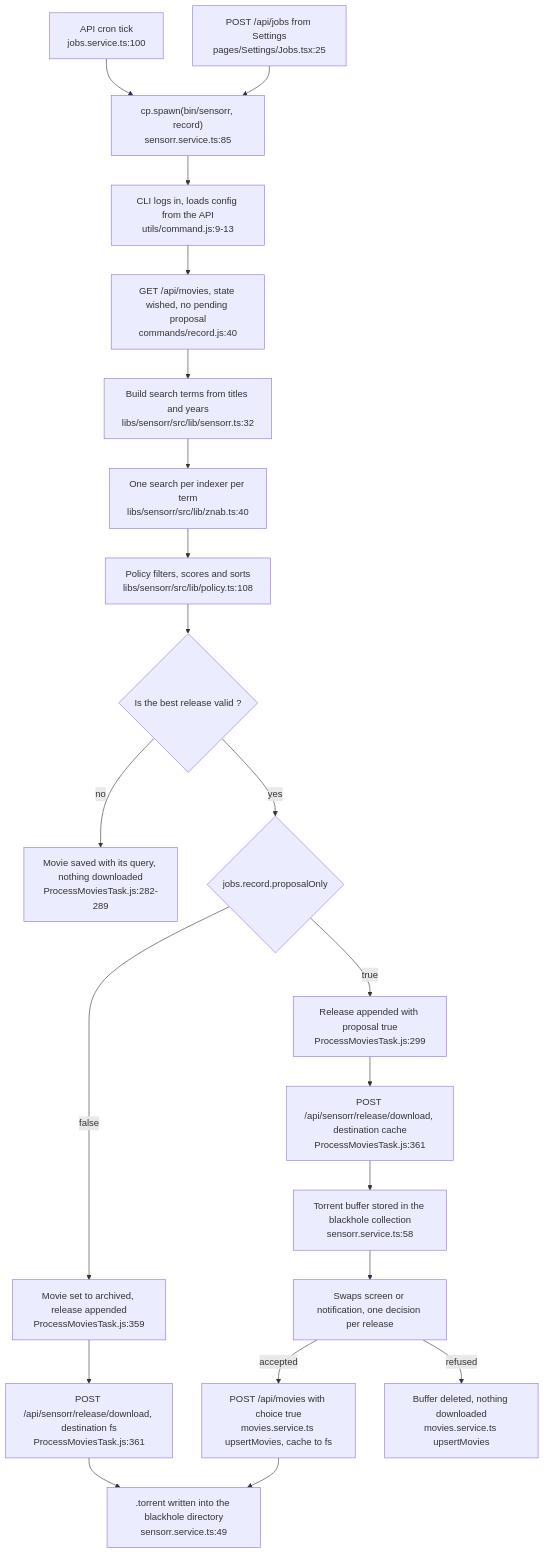
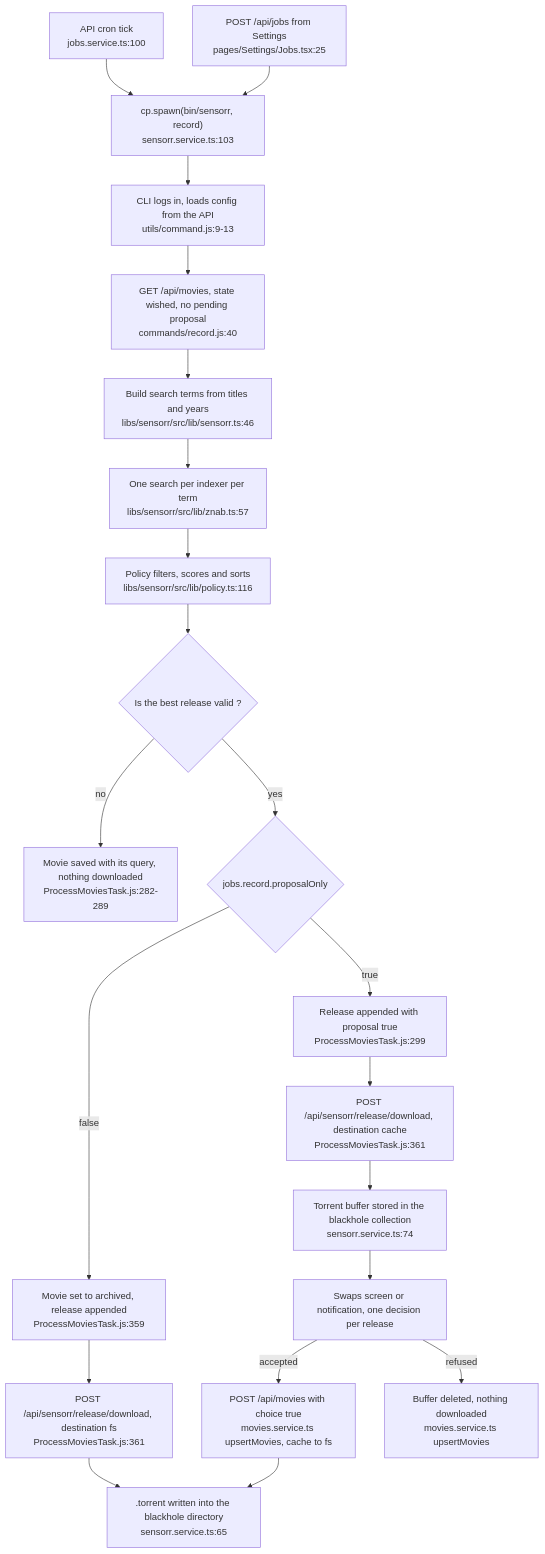
One commit to thcolin/sensorr changed the diagram in docs/architecture.md. Above: the diagram before and after it, drawn with Mermaid. The commit also changed other lines of this file and 3 other files, not shown here.

````diff
--- a/docs/architecture.md
+++ b/docs/architecture.md
@@ -84,31 +84,31 @@
 ```mermaid
 flowchart TD
   cron["API cron tick<br/>jobs.service.ts:100"] --> spawn
   post["POST /api/jobs from Settings<br/>pages/Settings/Jobs.tsx:25"] --> spawn
-  spawn["cp.spawn(bin/sensorr, record)<br/>sensorr.service.ts:85"] --> boot
+  spawn["cp.spawn(bin/sensorr, record)<br/>sensorr.service.ts:103"] --> boot
 
   boot["CLI logs in, loads config from the API<br/>utils/command.js:9-13"] --> fetch
   fetch["GET /api/movies, state wished, no pending proposal<br/>commands/record.js:40"] --> query
-  query["Build search terms from titles and years<br/>libs/sensorr/src/lib/sensorr.ts:32"] --> search
-  search["One search per indexer per term<br/>libs/sensorr/src/lib/znab.ts:40"] --> policy
-  policy["Policy filters, scores and sorts<br/>libs/sensorr/src/lib/policy.ts:108"] --> valid
+  query["Build search terms from titles and years<br/>libs/sensorr/src/lib/sensorr.ts:46"] --> search
+  search["One search per indexer per term<br/>libs/sensorr/src/lib/znab.ts:57"] --> policy
+  policy["Policy filters, scores and sorts<br/>libs/sensorr/src/lib/policy.ts:116"] --> valid
 
   valid{"Is the best release valid ?"}
   valid -->|no| stop["Movie saved with its query, nothing downloaded<br/>ProcessMoviesTask.js:282-289"]
   valid -->|yes| branch
 
   branch{"jobs.record.proposalOnly"}
   branch -->|false| direct["Movie set to archived, release appended<br/>ProcessMoviesTask.js:359"]
   branch -->|true| propose["Release appended with proposal true<br/>ProcessMoviesTask.js:299"]
 
   direct --> dlfs["POST /api/sensorr/release/download, destination fs<br/>ProcessMoviesTask.js:361"]
   propose --> dlcache["POST /api/sensorr/release/download, destination cache<br/>ProcessMoviesTask.js:361"]
 
-  dlfs --> blackhole[".torrent written into the blackhole directory<br/>sensorr.service.ts:49"]
-  dlcache --> cached["Torrent buffer stored in the blackhole collection<br/>sensorr.service.ts:58"]
+  dlfs --> blackhole[".torrent written into the blackhole directory<br/>sensorr.service.ts:65"]
+  dlcache --> cached["Torrent buffer stored in the blackhole collection<br/>sensorr.service.ts:74"]
 
   cached --> review["Swaps screen or notification, one decision per release"]
   review -->|accepted| accept["POST /api/movies with choice true<br/>movies.service.ts upsertMovies, cache to fs"]
   review -->|refused| refuse["Buffer deleted, nothing downloaded<br/>movies.service.ts upsertMovies"]
   accept --> blackhole
 ```
````
